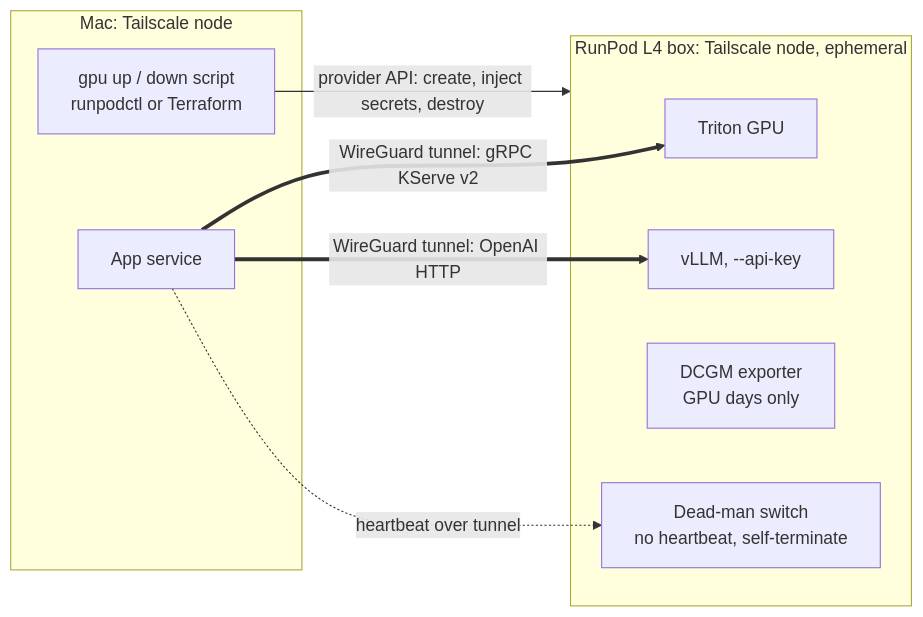
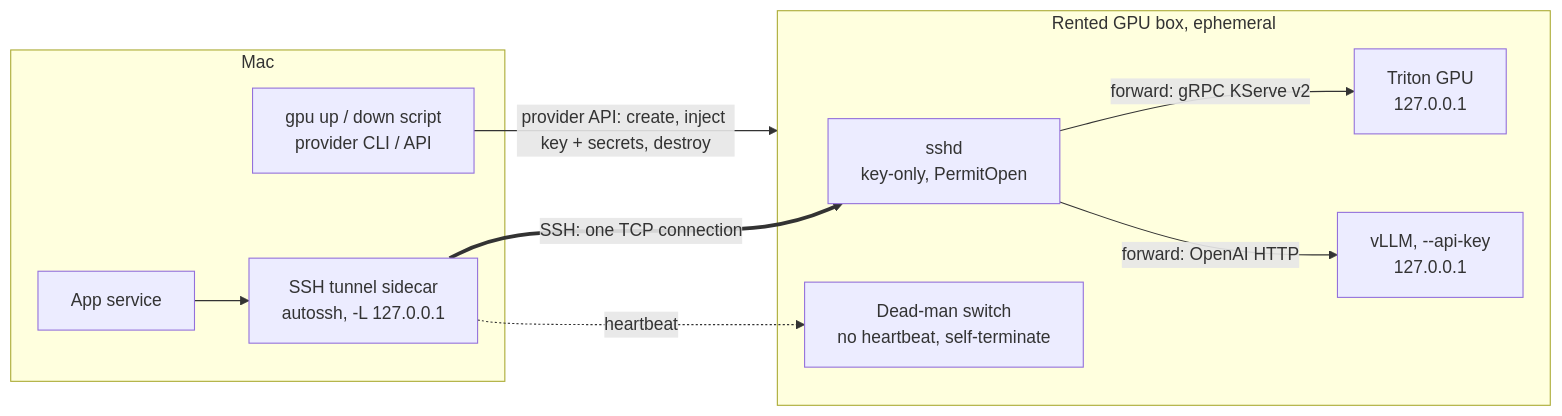
Diagram 13 of 15 in docs/specs/2026-10-04-fryday-architecture.md (Analyst-Harsh/Fryday), drawn with Mermaid before and after one commit. The commit also changed other lines of this file and 17 other files, not shown here.

First line of the commit message:
docs: HLD v4 decisions and phased implementation roadmap

````diff
--- a/docs/specs/2026-10-04-fryday-architecture.md
+++ b/docs/specs/2026-10-04-fryday-architecture.md
@@ -751,17 +763,20 @@
 ```mermaid
 flowchart LR
-    subgraph LOCAL[Mac: Tailscale node]
+    subgraph LOCAL[Mac]
         APPL[App service]
-        SCRIPT[gpu up / down script<br/>runpodctl or Terraform]
+        TUN[SSH tunnel sidecar<br/>autossh, -L 127.0.0.1]
+        SCRIPT[gpu up / down script<br/>provider CLI / API]
     end
-    subgraph BOX[RunPod L4 box: Tailscale node, ephemeral]
-        TRG[Triton GPU]
-        VL[vLLM, --api-key]
-        DCGM[DCGM exporter<br/>GPU days only]
+    subgraph BOX[Rented GPU box, ephemeral]
+        SSHD[sshd<br/>key-only, PermitOpen]
+        TRG[Triton GPU<br/>127.0.0.1]
+        VL[vLLM, --api-key<br/>127.0.0.1]
         DMS[Dead-man switch<br/>no heartbeat, self-terminate]
     end
-    SCRIPT -->|provider API: create, inject secrets, destroy| BOX
-    APPL ==>|WireGuard tunnel: gRPC KServe v2| TRG
-    APPL ==>|WireGuard tunnel: OpenAI HTTP| VL
-    APPL -.->|heartbeat over tunnel| DMS
+    SCRIPT -->|provider API: create, inject key + secrets, destroy| BOX
+    APPL --> TUN
+    TUN ==>|SSH: one TCP connection| SSHD
+    SSHD -->|forward: gRPC KServe v2| TRG
+    SSHD -->|forward: OpenAI HTTP| VL
+    TUN -.->|heartbeat| DMS
 ```
````
